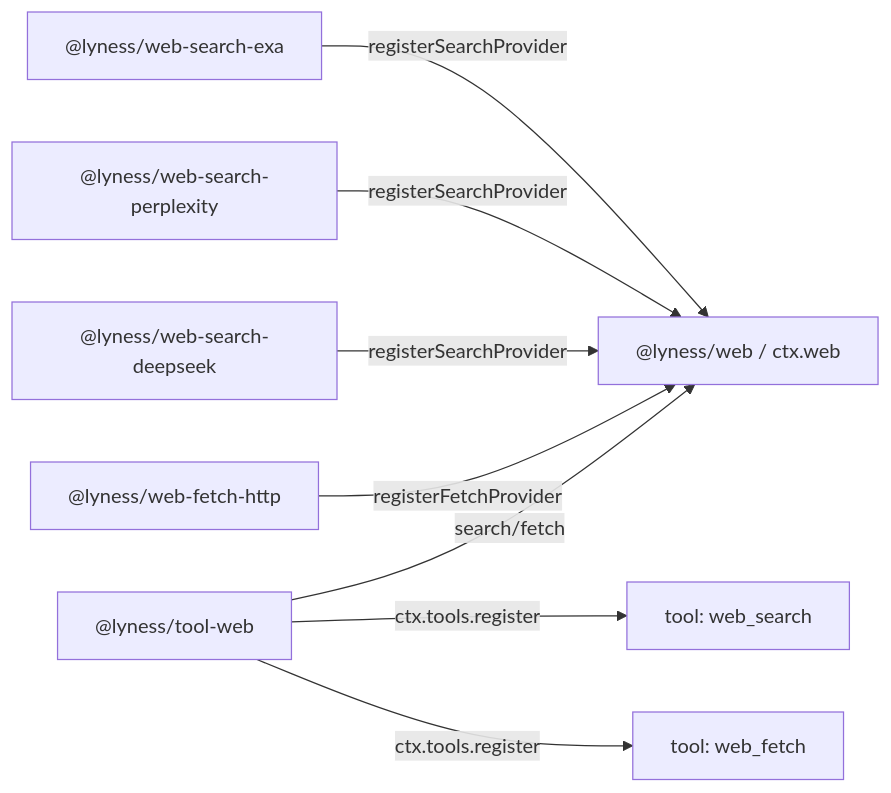
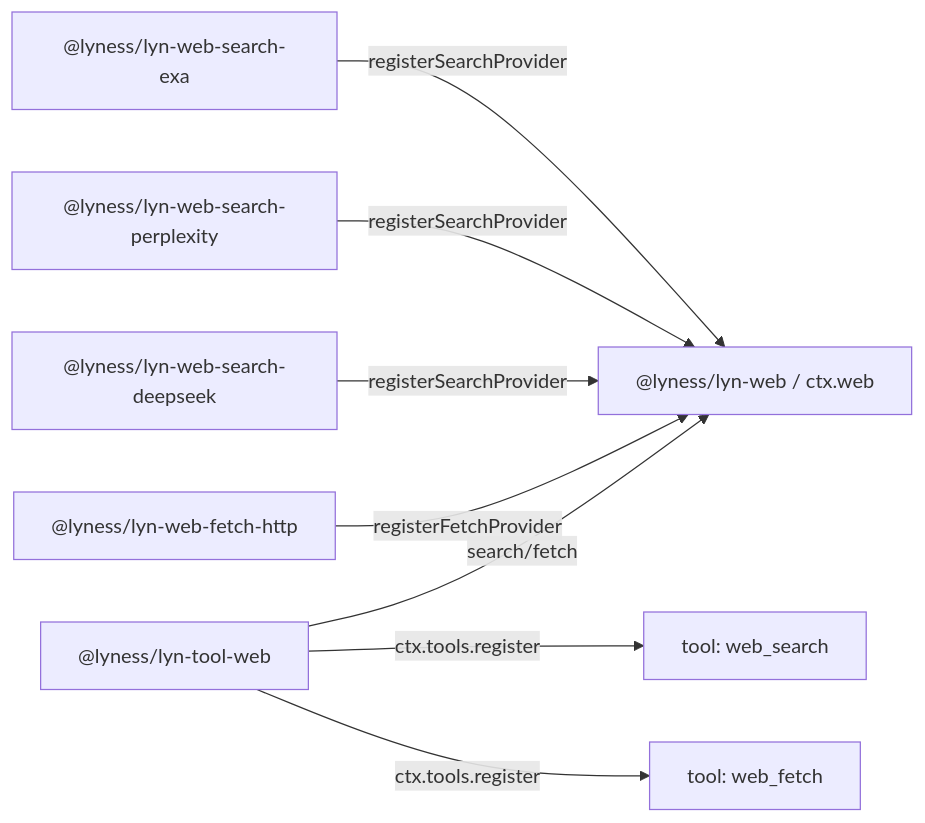
The diagram in .agents/notes/implemented/architecture/2026-06-24-web-capability-seam.md (XavierZhang/lyness), drawn with Mermaid before and after one commit. The commit also changed other lines of this file and 4572 other files, not shown here.

First line of the commit message:
refactor(rebrand)!: harness 包名恢复产品段 @lyness/lyn-<name>

````diff
--- a/.agents/notes/implemented/architecture/2026-06-24-web-capability-seam.md
+++ b/.agents/notes/implemented/architecture/2026-06-24-web-capability-seam.md
@@ -58,10 +58,10 @@
 ```mermaid
 flowchart LR
-  exa["@lyness/web-search-exa"] -->|registerSearchProvider| web["@lyness/web / ctx.web"]
-  perplexity["@lyness/web-search-perplexity"] -->|registerSearchProvider| web
-  deepseek["@lyness/web-search-deepseek"] -->|registerSearchProvider| web
-  fetchLocal["@lyness/web-fetch-http"] -->|registerFetchProvider| web
-  toolWeb["@lyness/tool-web"] -->|search/fetch| web
+  exa["@lyness/lyn-web-search-exa"] -->|registerSearchProvider| web["@lyness/lyn-web / ctx.web"]
+  perplexity["@lyness/lyn-web-search-perplexity"] -->|registerSearchProvider| web
+  deepseek["@lyness/lyn-web-search-deepseek"] -->|registerSearchProvider| web
+  fetchLocal["@lyness/lyn-web-fetch-http"] -->|registerFetchProvider| web
+  toolWeb["@lyness/lyn-tool-web"] -->|search/fetch| web
   toolWeb -->|ctx.tools.register| webSearch["tool: web_search"]
   toolWeb -->|ctx.tools.register| webFetch["tool: web_fetch"]
 ```
````
